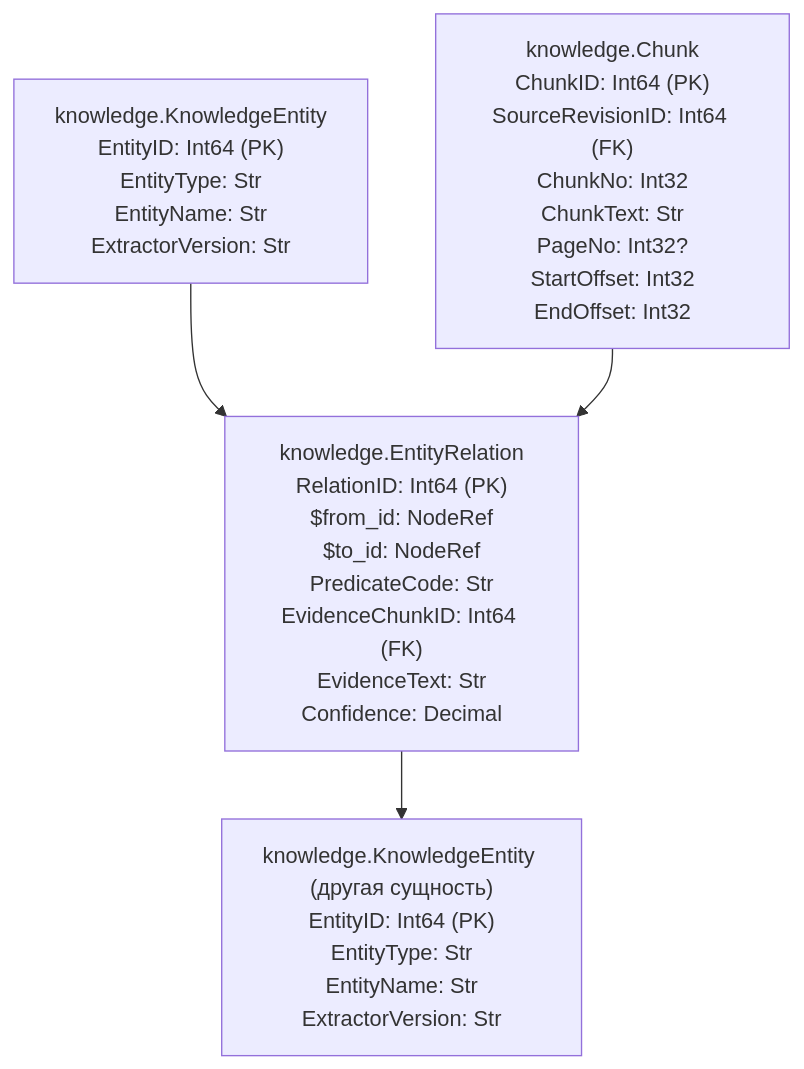
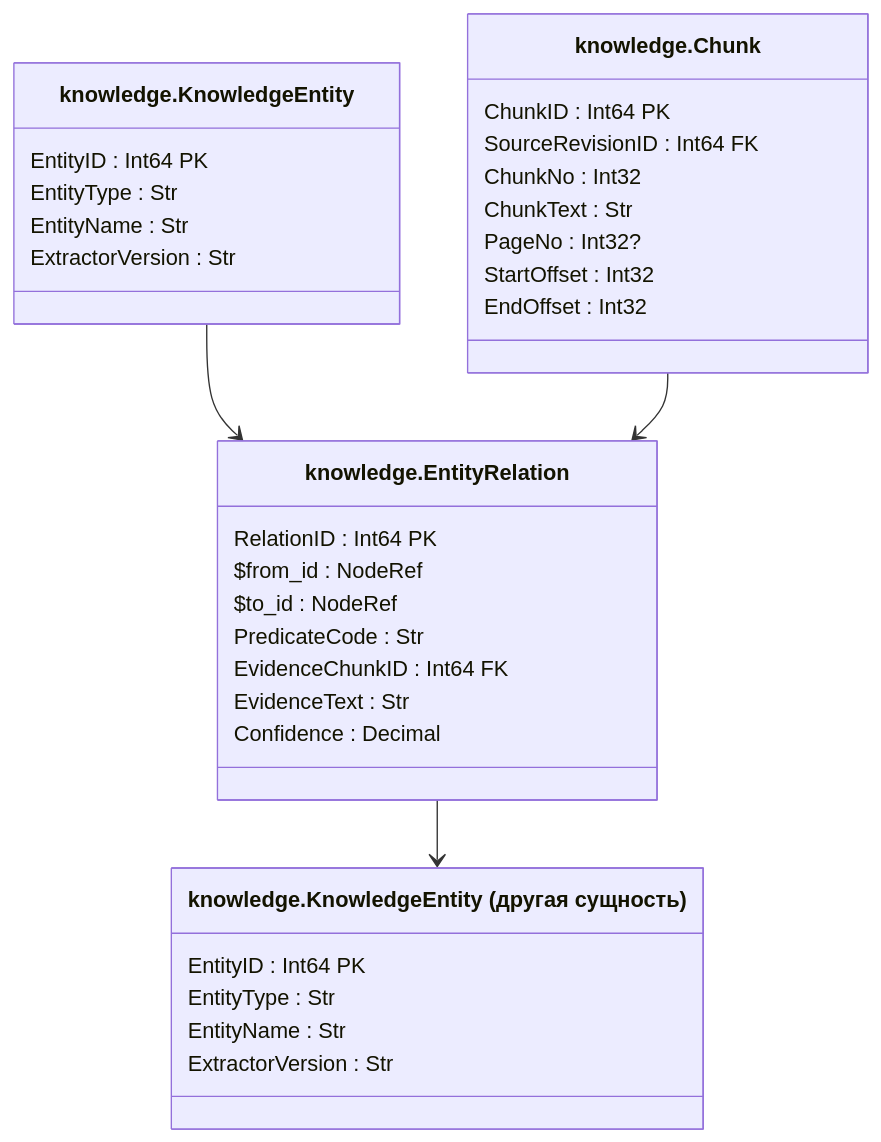
One commit to lkeey/BIVT-labs changed the tenth of 15 diagrams in 03SQL-CourseWork/architecture/database-model.md. Above: the diagram before and after it, drawn with Mermaid. The commit also changed other lines of this file, not shown here.

Commit message:
docs: center database table titles in diagrams

```diff
--- a/03SQL-CourseWork/architecture/database-model.md
+++ b/03SQL-CourseWork/architecture/database-model.md
@@ -133,9 +385,37 @@
 ~~~mermaid
-flowchart TB
-    E["knowledge.KnowledgeEntity<br/>EntityID: Int64 (PK)<br/>EntityType: Str<br/>EntityName: Str<br/>ExtractorVersion: Str"]
-    R["knowledge.EntityRelation<br/>RelationID: Int64 (PK)<br/>$from_id: NodeRef<br/>$to_id: NodeRef<br/>PredicateCode: Str<br/>EvidenceChunkID: Int64 (FK)<br/>EvidenceText: Str<br/>Confidence: Decimal"]
-    E2["knowledge.KnowledgeEntity (другая сущность)<br/>EntityID: Int64 (PK)<br/>EntityType: Str<br/>EntityName: Str<br/>ExtractorVersion: Str"]
-    K["knowledge.Chunk<br/>ChunkID: Int64 (PK)<br/>SourceRevisionID: Int64 (FK)<br/>ChunkNo: Int32<br/>ChunkText: Str<br/>PageNo: Int32?<br/>StartOffset: Int32<br/>EndOffset: Int32"]
-    E --> R --> E2
+classDiagram
+    direction TB
+    class E["knowledge.KnowledgeEntity"] {
+        EntityID : Int64 PK
+        EntityType : Str
+        EntityName : Str
+        ExtractorVersion : Str
+    }
+    class R["knowledge.EntityRelation"] {
+        RelationID : Int64 PK
+        $from_id : NodeRef
+        $to_id : NodeRef
+        PredicateCode : Str
+        EvidenceChunkID : Int64 FK
+        EvidenceText : Str
+        Confidence : Decimal
+    }
+    class E2["knowledge.KnowledgeEntity (другая сущность)"] {
+        EntityID : Int64 PK
+        EntityType : Str
+        EntityName : Str
+        ExtractorVersion : Str
+    }
+    class K["knowledge.Chunk"] {
+        ChunkID : Int64 PK
+        SourceRevisionID : Int64 FK
+        ChunkNo : Int32
+        ChunkText : Str
+        PageNo : Int32?
+        StartOffset : Int32
+        EndOffset : Int32
+    }
+    E --> R
+    R --> E2
     K --> R
 ~~~
```
